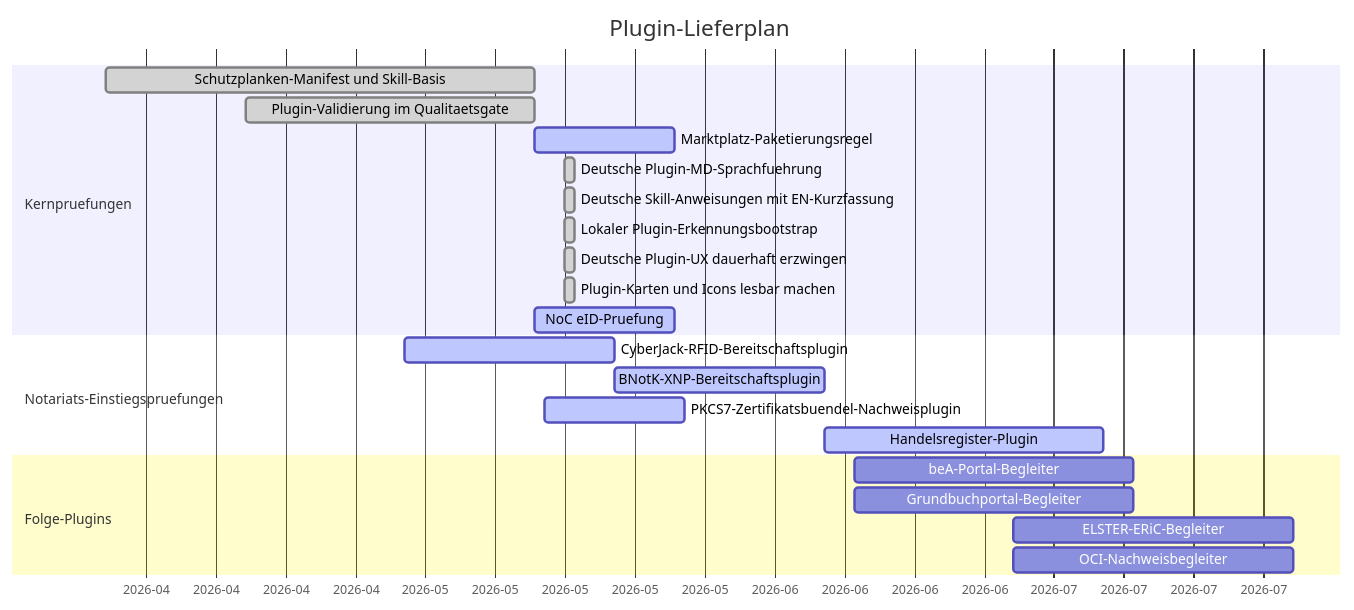
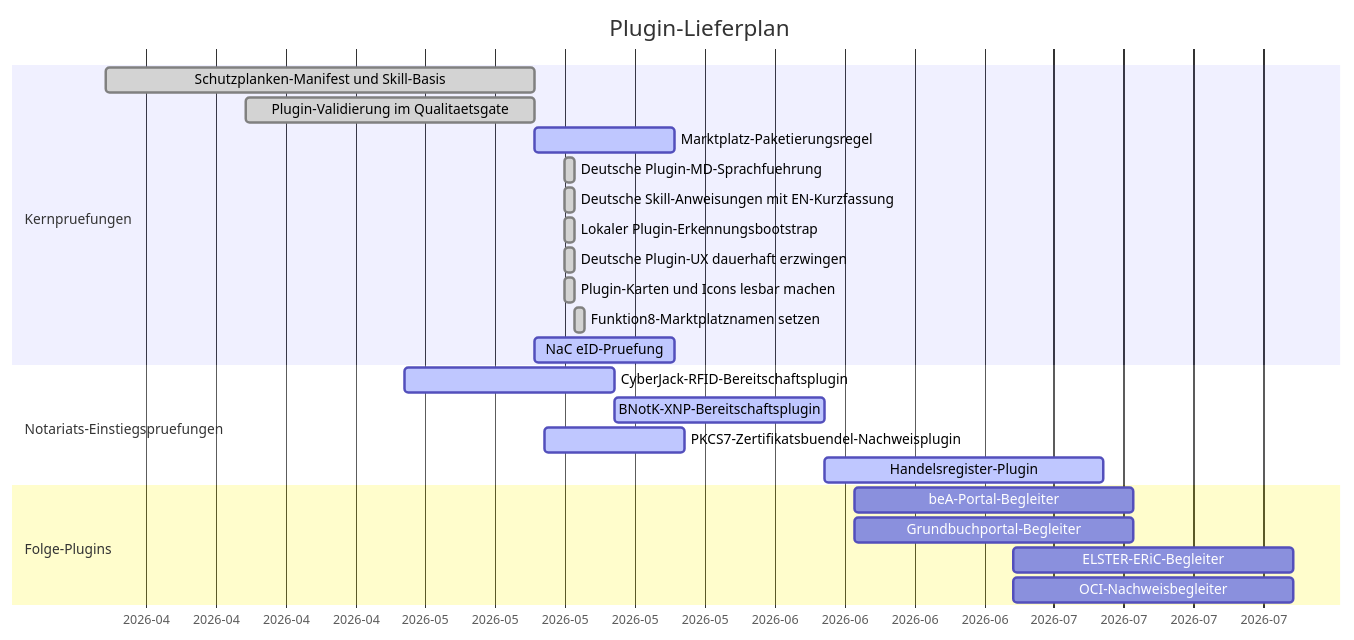
Before and after one commit to notariat8/NaC: the diagram in plugins/GANTT.md, drawn with Mermaid. The commit also changed other lines of this file and 333 other files, not shown here.

````diff
--- a/plugins/GANTT.md
+++ b/plugins/GANTT.md
@@ -5,29 +5,30 @@
 ```mermaid
 gantt
     title Plugin-Lieferplan
     dateFormat  YYYY-MM-DD
     axisFormat  %Y-%m
 
     section Kernpruefungen
     Schutzplanken-Manifest und Skill-Basis     :done,   p1, 2026-04-01, 2026-05-14
     Plugin-Validierung im Qualitaetsgate       :done,   p2, 2026-04-15, 2026-05-14
     Marktplatz-Paketierungsregel               :active, p3, 2026-05-14, 14d
     Deutsche Plugin-MD-Sprachfuehrung          :done,   p3a, 2026-05-17, 1d
     Deutsche Skill-Anweisungen mit EN-Kurzfassung :done, p3b, 2026-05-17, 1d
     Lokaler Plugin-Erkennungsbootstrap          :done,   p3c, 2026-05-17, 1d
     Deutsche Plugin-UX dauerhaft erzwingen      :done,   p3d, 2026-05-17, 1d
     Plugin-Karten und Icons lesbar machen       :done,   p3e, 2026-05-17, 1d
-    NoC eID-Pruefung                            :active, p4, 2026-05-14, 14d
+    Funktion8-Marktplatznamen setzen            :done,   p3f, 2026-05-18, 1d
+    NaC eID-Pruefung                            :active, p4, 2026-05-14, 14d
 
     section Notariats-Einstiegspruefungen
     CyberJack-RFID-Bereitschaftsplugin         :active, p5, 2026-05-01, 21d
     BNotK-XNP-Bereitschaftsplugin              :active, p6, after p5, 21d
     PKCS7-Zertifikatsbuendel-Nachweisplugin    :active, p6a, 2026-05-15, 14d
     Handelsregister-Plugin                     :active, p7, after p6, 28d
 
     section Folge-Plugins
     beA-Portal-Begleiter                       :        p8, 2026-06-15, 28d
     Grundbuchportal-Begleiter                  :        p9, 2026-06-15, 28d
     ELSTER-ERiC-Begleiter                      :        p10, 2026-07-01, 28d
     OCI-Nachweisbegleiter                      :        p11, 2026-07-01, 28d
 ```
````
